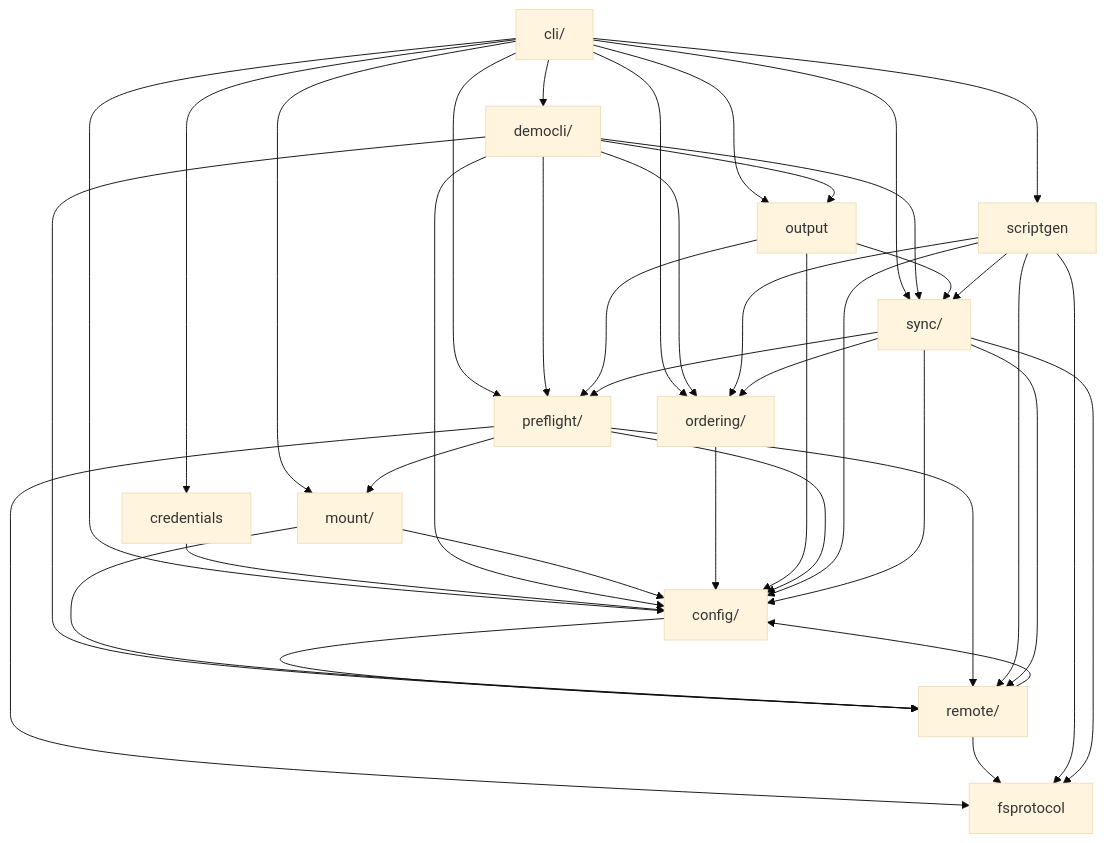
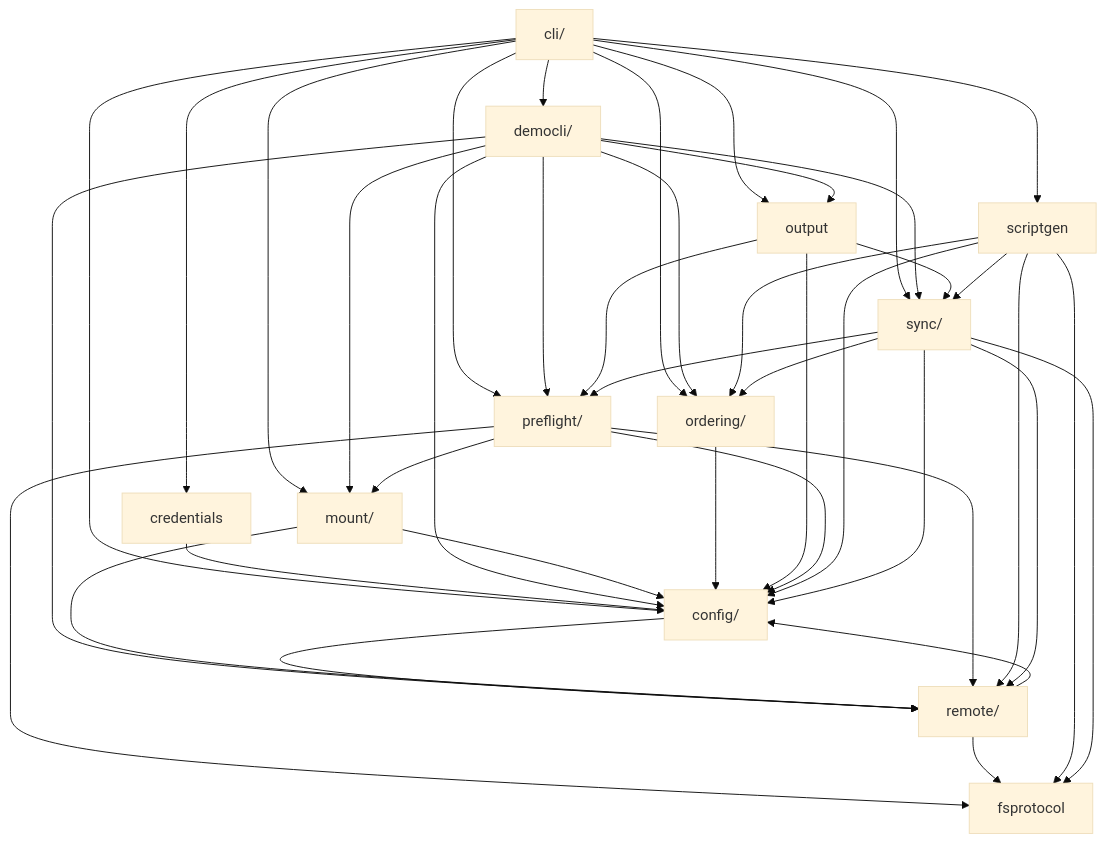
Before and after one commit to iglootools/nbkp: the first of 2 diagrams in docs/architecture.md, drawn with Mermaid (base theme). The commit also changed 4 other files, not shown here.

````diff
--- a/docs/architecture.md
+++ b/docs/architecture.md
@@ -9,55 +9,56 @@
 ```mermaid
 graph TD
     cli["cli/"]
     config["config/"]
     credentials["credentials"]
     democli["democli/"]
     fsprotocol["fsprotocol"]
     mount["mount/"]
     ordering["ordering/"]
     output["output"]
     preflight["preflight/"]
     remote["remote/"]
     scriptgen["scriptgen"]
     sync["sync/"]
 
     cli --> config
     cli --> credentials
     cli --> democli
     cli --> mount
     cli --> ordering
     cli --> output
     cli --> preflight
     cli --> scriptgen
     cli --> sync
     config --> remote
     credentials --> config
     democli --> config
+    democli --> mount
     democli --> ordering
     democli --> output
     democli --> preflight
     democli --> remote
     democli --> sync
     mount --> config
     mount --> remote
     ordering --> config
     output --> config
     output --> preflight
     output --> sync
     preflight --> config
     preflight --> fsprotocol
     preflight --> mount
     preflight --> remote
     remote --> config
     remote --> fsprotocol
     scriptgen --> config
     scriptgen --> fsprotocol
     scriptgen --> ordering
     scriptgen --> remote
     scriptgen --> sync
     sync --> config
     sync --> fsprotocol
     sync --> ordering
     sync --> preflight
     sync --> remote
 ```
````
